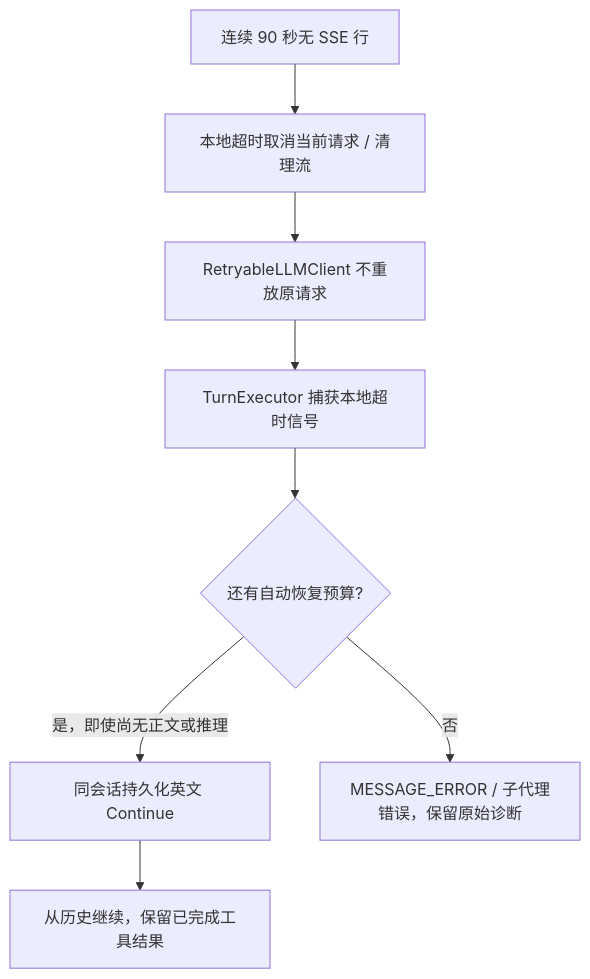
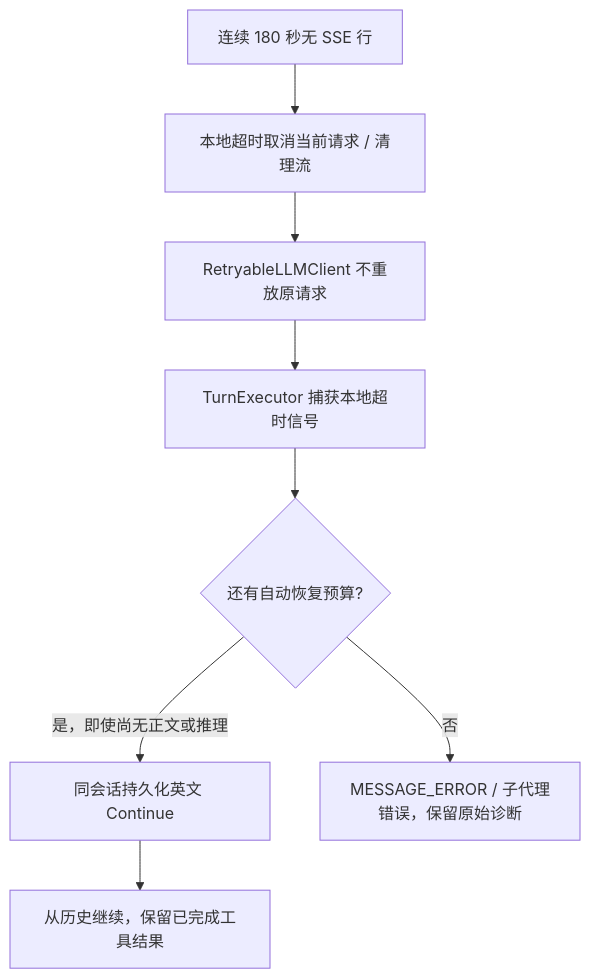
One commit to lzdev42/mederi changed diagram 46 of 49 in docs/architecture/04-flows.md. Above: the diagram before and after it, drawn with Mermaid. The commit also changed other lines of this file and 227 other files, not shown here.

````diff
--- a/docs/architecture/04-flows.md
+++ b/docs/architecture/04-flows.md
@@ -1486,10 +1508,10 @@
 ```mermaid
 flowchart TD
-    IDLE["连续 90 秒无 SSE 行"] --> STOP["本地超时取消当前请求 / 清理流"]
+    IDLE["连续 180 秒无 SSE 行"] --> STOP["本地超时取消当前请求 / 清理流"]
     STOP --> ESCAPE["RetryableLLMClient 不重放原请求"]
     ESCAPE --> TURN["TurnExecutor 捕获本地超时信号"]
     TURN --> BUDGET{还有自动恢复预算?}
     BUDGET -->|是，即使尚无正文或推理| CONT["同会话持久化英文 Continue"]
     CONT --> RESUME["从历史继续，保留已完成工具结果"]
     BUDGET -->|否| ERROR["MESSAGE_ERROR / 子代理错误，保留原始诊断"]
 ```
````
